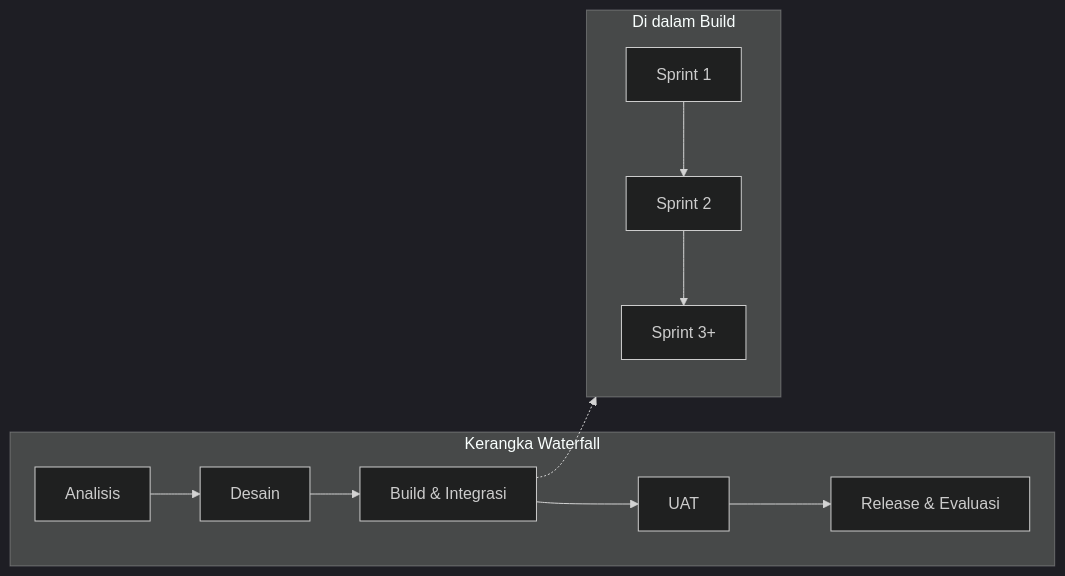
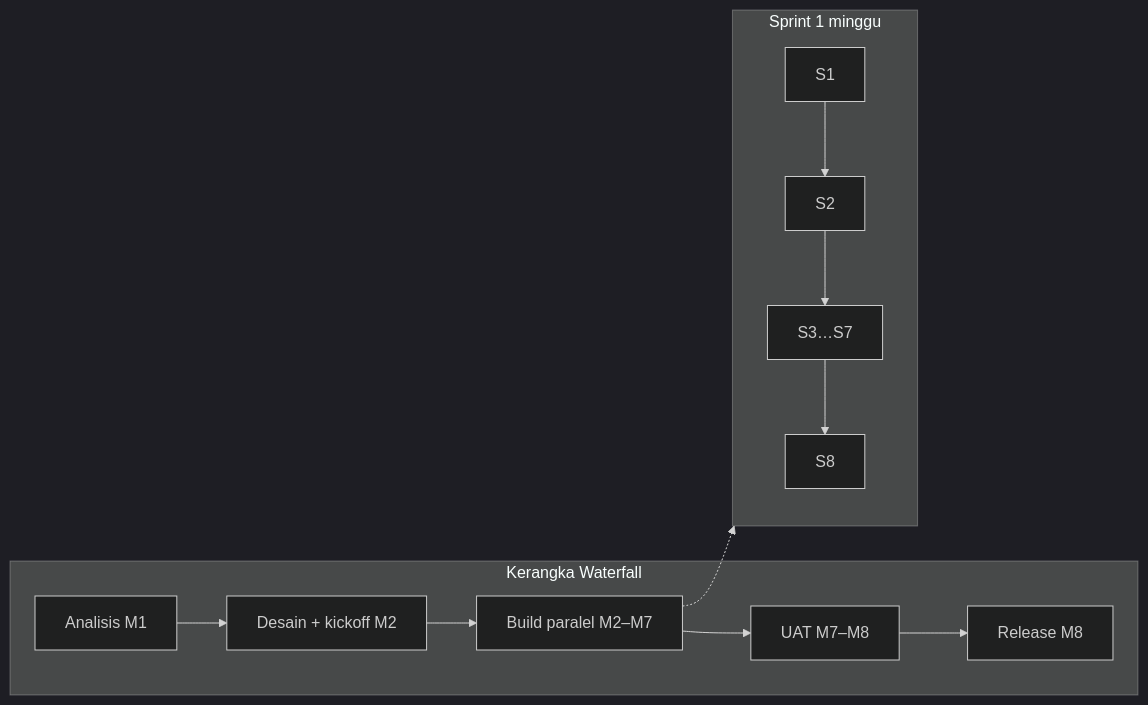
Before and after one commit to Capstone-Project-Team-B-2026/docs: the first of 3 diagrams in docs/sdlc.md, drawn with Mermaid (dark theme). The commit also changed other lines of this file and 2 other files, not shown here.

First line of the commit message:
docs: align sprint plan to 1-week parallel BE/UI delivery

````diff
--- a/docs/sdlc.md
+++ b/docs/sdlc.md
@@ -42,16 +42,17 @@
 ```mermaid
 flowchart LR
   subgraph Waterfall["Kerangka Waterfall"]
-    A[Analisis] --> D[Desain]
-    D --> B[Build & Integrasi]
-    B --> U[UAT]
-    U --> R[Release & Evaluasi]
+    A[Analisis M1] --> D[Desain + kickoff M2]
+    D --> B[Build paralel M2–M7]
+    B --> U[UAT M7–M8]
+    U --> R[Release M8]
   end
 
-  subgraph Scrum["Di dalam Build"]
-    S1[Sprint 1] --> S2[Sprint 2]
-    S2 --> S3[Sprint 3+]
+  subgraph Scrum["Sprint 1 minggu"]
+    S1[S1] --> S2[S2]
+    S2 --> S3[S3…S7]
+    S3 --> S8[S8]
   end
 
   B -.-> Scrum
 ```
````
